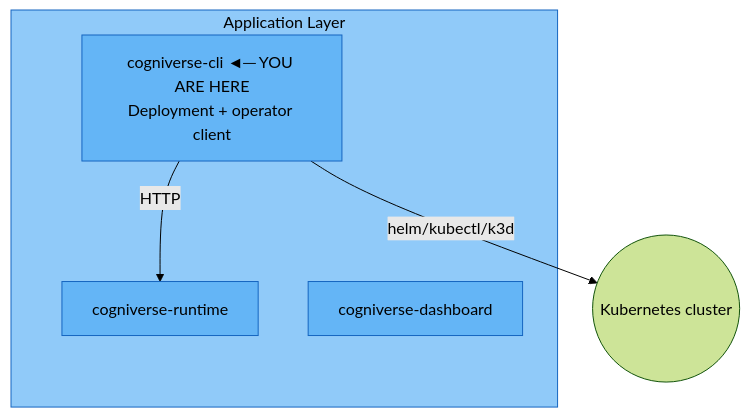
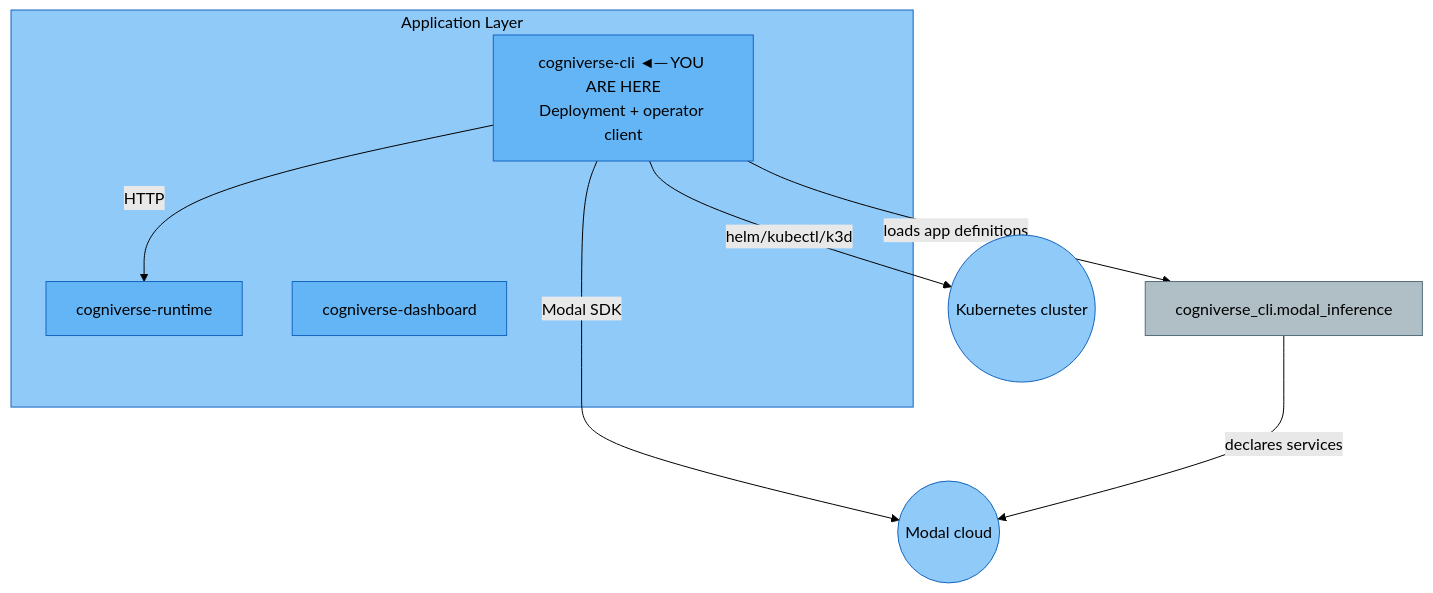
The second of 2 diagrams in docs/modules/cli.md (amit-jain/cogniverse), drawn with Mermaid (forest theme) before and after one commit. The commit also changed other lines of this file and 292 other files, not shown here.

````diff
--- a/docs/modules/cli.md
+++ b/docs/modules/cli.md
@@ -284,16 +676,22 @@
 ```mermaid
 flowchart TB
     subgraph AppLayer["<span style='color:#000'>Application Layer</span>"]
         CLI["<span style='color:#000'>cogniverse-cli ◄─ YOU ARE HERE<br/>Deployment + operator client</span>"]
         Runtime["<span style='color:#000'>cogniverse-runtime</span>"]
         Dashboard["<span style='color:#000'>cogniverse-dashboard</span>"]
     end
 
     CLI -->|helm/kubectl/k3d| K8s(("<span style='color:#000'>Kubernetes cluster</span>"))
     CLI -->|HTTP| Runtime
+    CLI -->|loads app definitions| ModalDefs["<span style='color:#000'>cogniverse_cli.modal_inference</span>"]
+    CLI -->|Modal SDK| Modal(("<span style='color:#000'>Modal cloud</span>"))
+    ModalDefs -->|declares services| Modal
 
     style AppLayer fill:#90caf9,stroke:#1565c0,color:#000
     style CLI fill:#64b5f6,stroke:#1565c0,color:#000
     style Runtime fill:#64b5f6,stroke:#1565c0,color:#000
     style Dashboard fill:#64b5f6,stroke:#1565c0,color:#000
+    style K8s fill:#90caf9,stroke:#1565c0,color:#000
+    style ModalDefs fill:#b0bec5,stroke:#546e7a,color:#000
+    style Modal fill:#90caf9,stroke:#1565c0,color:#000
 ```
````
